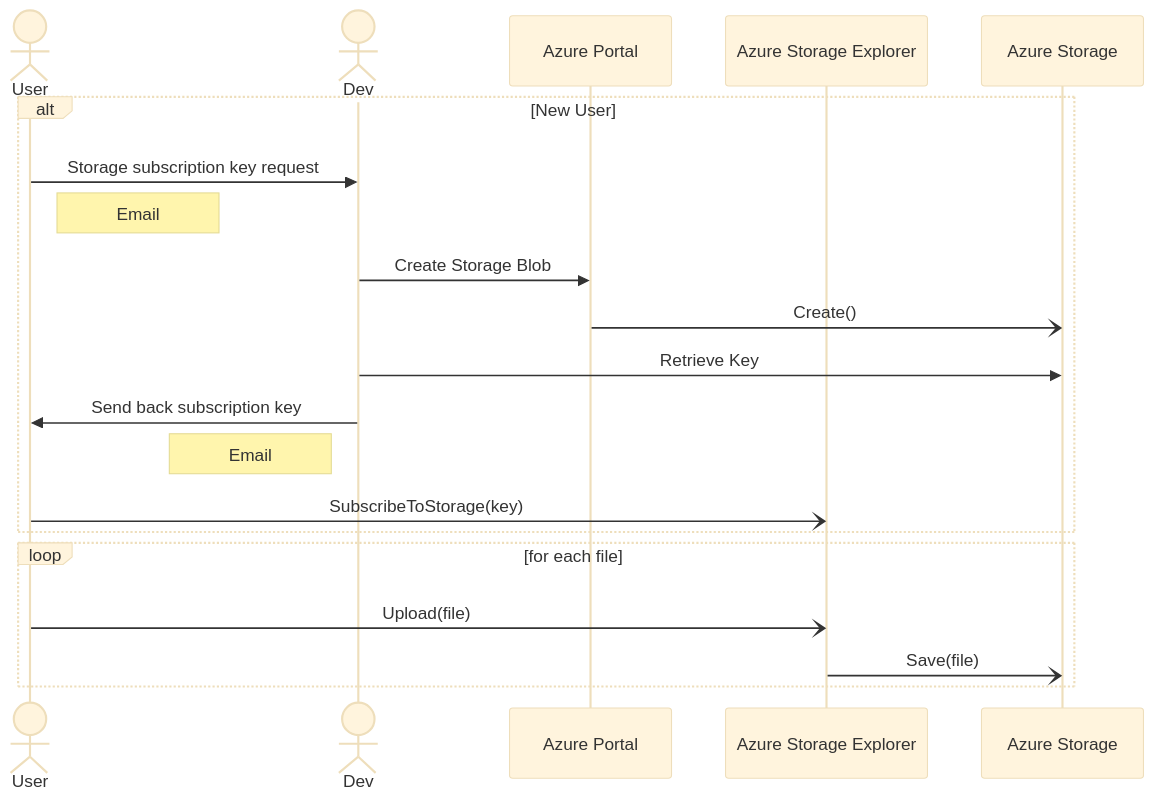
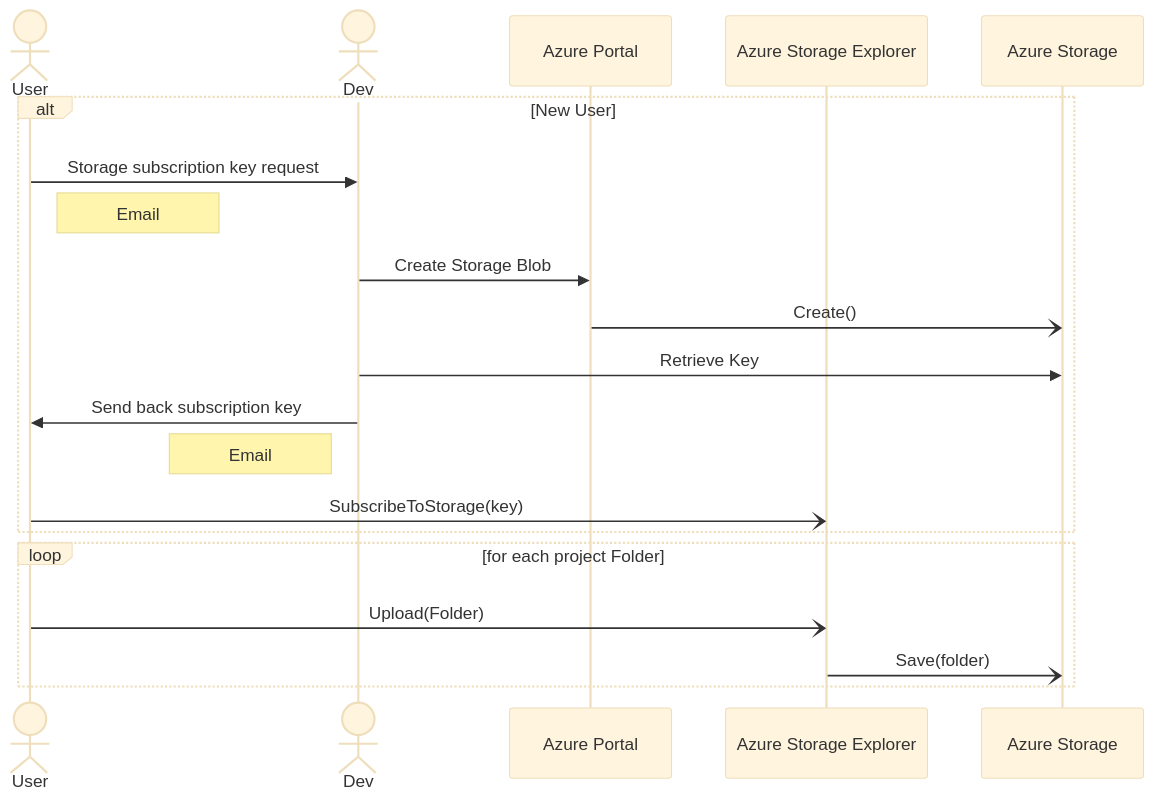
Before and after one commit to ai-cfia/ailab-datastore: the first of 2 diagrams in metadata-doc.md, drawn with Mermaid (base theme). The commit also changed other lines of this file, not shown here.

````diff
--- a/metadata-doc.md
+++ b/metadata-doc.md
@@ -5,24 +13,24 @@
 ``` mermaid  
             sequenceDiagram
                 
                 actor User
                 actor Dev
                 participant Azure Portal
                 participant Azure Storage Explorer
                 participant Azure Storage
                 alt New User
                     User->>Dev: Storage subscription key request 
                     Note right of User: Email
                     Dev->>Azure Portal: Create Storage Blob
                     Azure Portal-)Azure Storage: Create()
                     Dev->>Azure Storage: Retrieve Key
                     Dev->>User: Send back subscription key
                     Note left of Dev: Email
                     User-)Azure Storage Explorer: SubscribeToStorage(key)
                 end
-                loop for each file
-                    User-)Azure Storage Explorer: Upload(file)
-                    Azure Storage Explorer-) Azure Storage: Save(file)
+                loop for each project Folder
+                    User-)Azure Storage Explorer: Upload(Folder)
+                    Azure Storage Explorer-) Azure Storage: Save(folder)
                 end
                 
 ``` 
````
